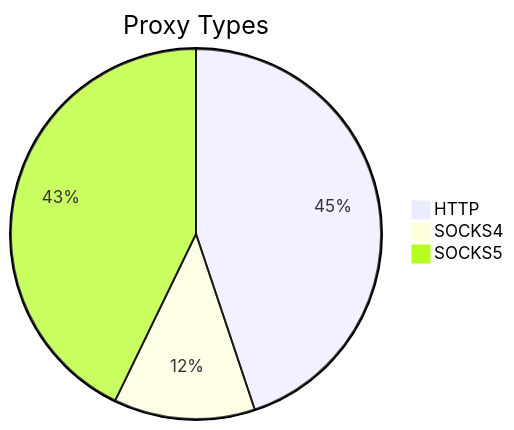
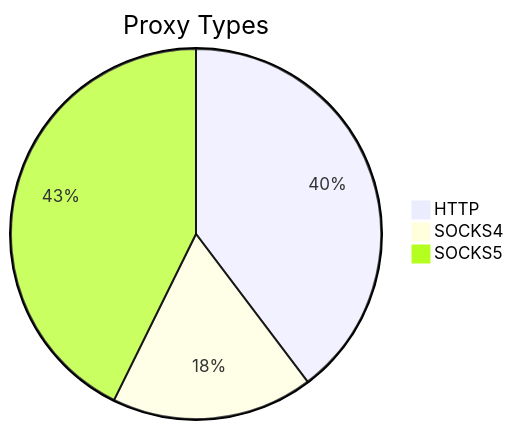
The first of 2 diagrams in README.md (stormsia/proxy-list), drawn with Mermaid before and after one commit. The commit also changed other lines of this file, not shown here.

````diff
--- a/README.md
+++ b/README.md
@@ -21,6 +21,6 @@
 ```mermaid
 pie title Proxy Types
-    "HTTP" : 131
-    "SOCKS4" : 36
-    "SOCKS5" : 125
+    "HTTP" : 185
+    "SOCKS4" : 82
+    "SOCKS5" : 199
 ```
````
